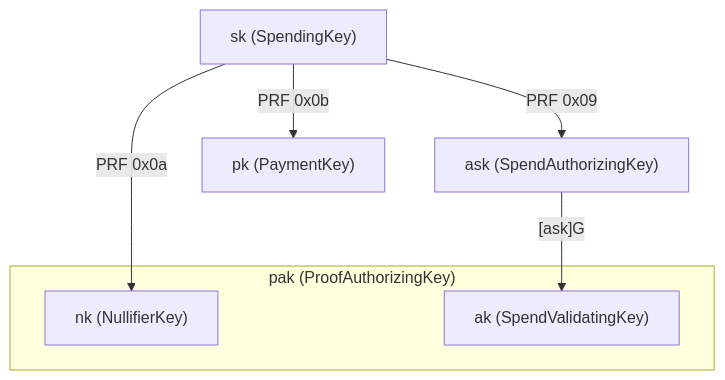
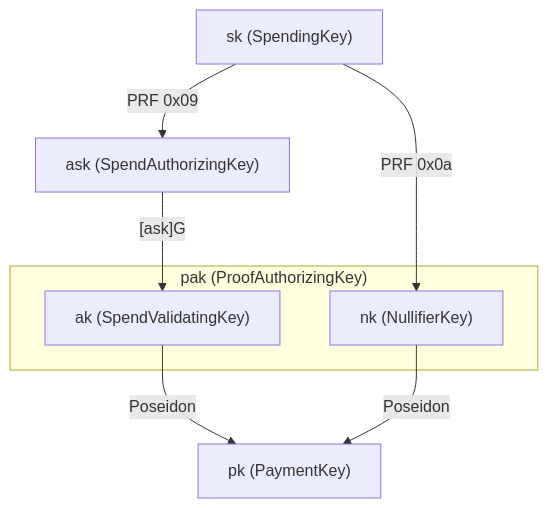
One commit to tachyon-zcash/tachyon changed the diagram in book/src/keys.md. Above: the diagram before and after it, drawn with Mermaid. The commit also changed other lines of this file and 5 other files, not shown here.

````diff
--- a/book/src/keys.md
+++ b/book/src/keys.md
@@ -9,16 +9,16 @@
 ```mermaid
 flowchart TB
     sk["sk (SpendingKey)"]
     ask["ask (SpendAuthorizingKey)"]
     pk["pk (PaymentKey)"]
 
     sk -->|"PRF 0x09"| ask
     sk -->|"PRF 0x0a"| nk
-    sk -->|"PRF 0x0b"| pk
     ask -->|"[ask]G"| ak
+    ak & nk -->|"Poseidon"| pk
 
     subgraph pak["pak (ProofAuthorizingKey)"]
         ak["ak (SpendValidatingKey)"]
         nk["nk (NullifierKey)"]
     end
 ```
````
